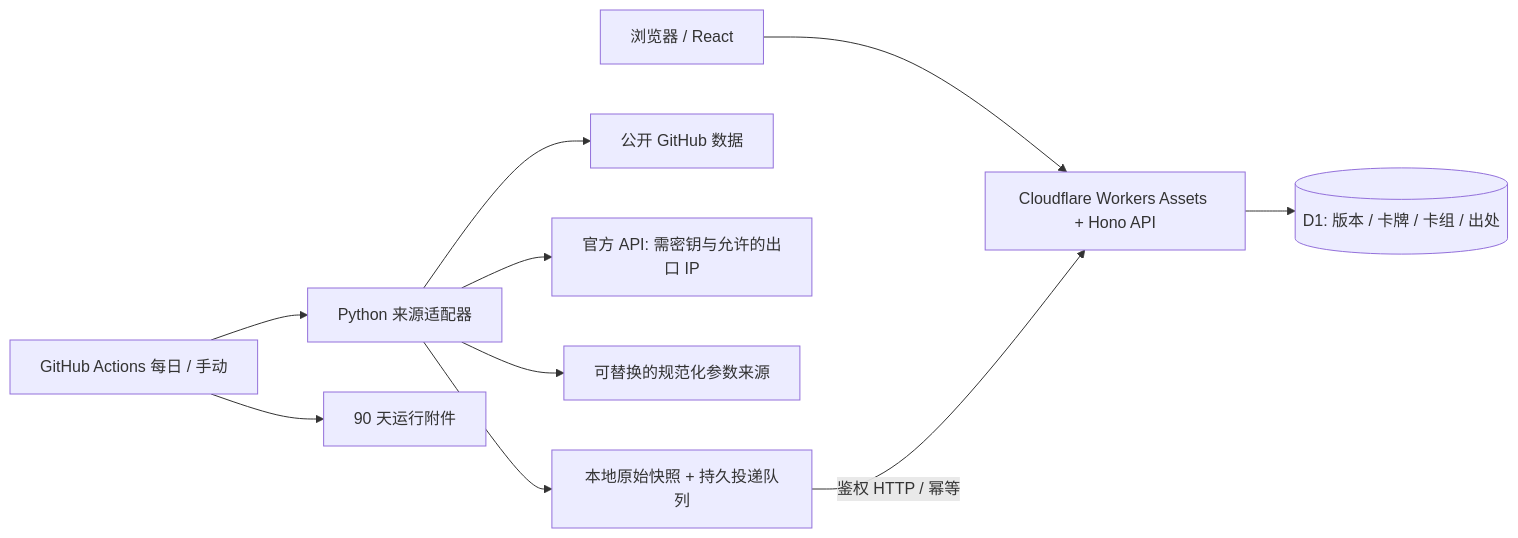
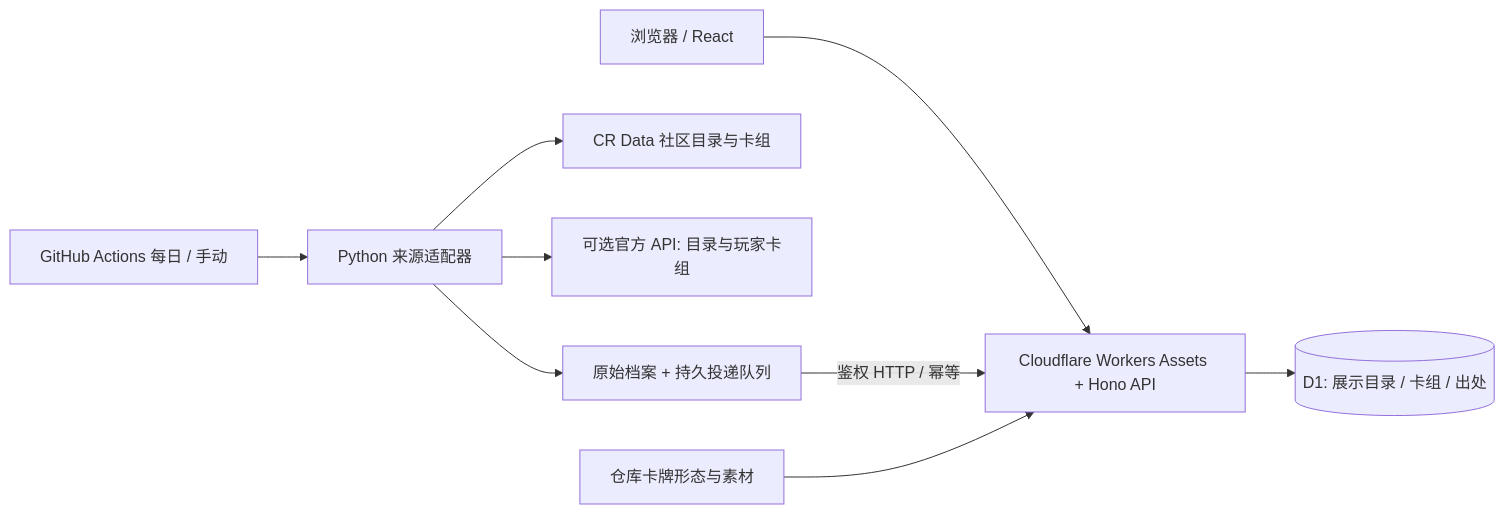
Before and after one commit to super-213/clash-royale: the diagram in docs/architecture.md, drawn with Mermaid. The commit also changed other lines of this file and 37 other files, not shown here.

````diff
--- a/docs/architecture.md
+++ b/docs/architecture.md
@@ -5,12 +5,11 @@
 ```mermaid
 flowchart LR
   Reader[浏览器 / React] --> Edge[Cloudflare Workers Assets + Hono API]
-  Edge --> D1[(D1: 版本 / 卡牌 / 卡组 / 出处)]
+  Edge --> D1[(D1: 展示目录 / 卡组 / 出处)]
   Actions[GitHub Actions 每日 / 手动] --> Python[Python 来源适配器]
-  Python --> Public[公开 GitHub 数据]
-  Python --> Official[官方 API: 需密钥与允许的出口 IP]
-  Python --> Feed[可替换的规范化参数来源]
-  Python --> Outbox[本地原始快照 + 持久投递队列]
+  Python --> Community[CR Data 社区目录与卡组]
+  Python --> Official[可选官方 API: 目录与玩家卡组]
+  Python --> Outbox[原始档案 + 持久投递队列]
   Outbox -->|鉴权 HTTP / 幂等| Edge
-  Actions --> Archive[90 天运行附件]
+  Bundled[仓库卡牌形态与素材] --> Edge
 ```
````
